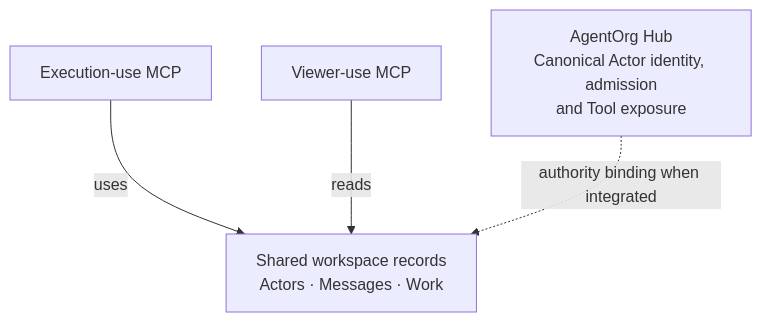
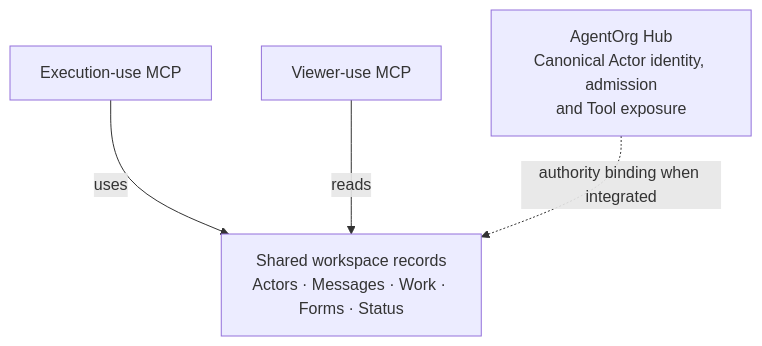
The second of 2 diagrams in docs/design.md (uniac-ai/AgenticWorkspace), drawn with Mermaid before and after one commit. The commit also changed other lines of this file and 21 other files, not shown here.

````diff
--- a/docs/design.md
+++ b/docs/design.md
@@ -23,6 +25,6 @@
 ```mermaid
 flowchart TB
-    E["Execution-use MCP"] -->|"uses"| D["Shared workspace records<br/>Actors · Messages · Work"]
+    E["Execution-use MCP"] -->|"uses"| D["Shared workspace records<br/>Actors · Messages · Work · Forms · Status"]
     V["Viewer-use MCP"] -->|"reads"| D
     H["AgentOrg Hub<br/>Canonical Actor identity, admission<br/>and Tool exposure"] -.->|"authority binding when integrated"| D
 ```
````
